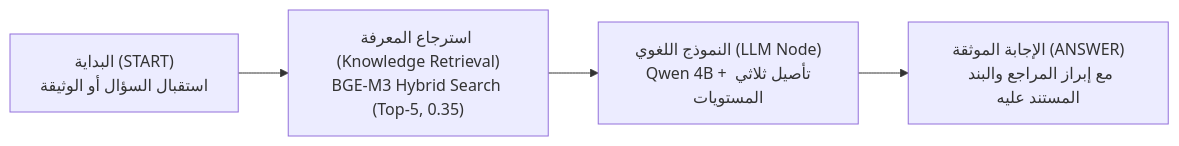
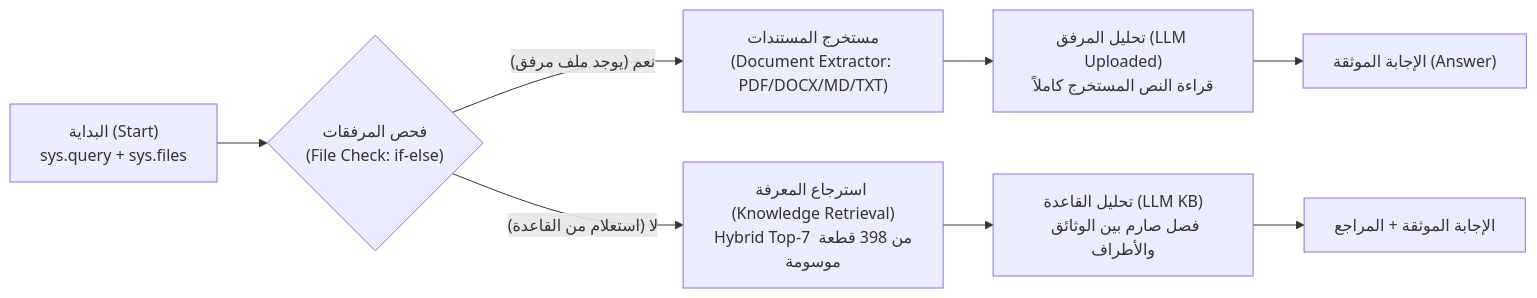
Before and after one commit to a2sn2/local-rag-dify: the diagram in baseera-docs/USAGE_GUIDE.md, drawn with Mermaid. The commit also changed other lines of this file and 38 other files, not shown here.

````diff
--- a/baseera-docs/USAGE_GUIDE.md
+++ b/baseera-docs/USAGE_GUIDE.md
@@ -33,6 +30,10 @@
 ```mermaid
 flowchart LR
-    A["البداية (START)<br>استقبال السؤال أو الوثيقة"] --> B["استرجاع المعرفة (Knowledge Retrieval)<br>BGE-M3 Hybrid Search (Top-5, 0.35)"]
-    B --> C["النموذج اللغوي (LLM Node)<br>Qwen 4B + تأصيل ثلاثي المستويات"]
-    C --> D["الإجابة الموثقة (ANSWER)<br>مع إبراز المراجع والبند المستند عليه"]
+    A["البداية (Start)<br>sys.query + sys.files"] --> B{"فحص المرفقات<br>(File Check: if-else)"}
+    B -->|"نعم (يوجد ملف مرفق)"| C["مستخرج المستندات<br>(Document Extractor: PDF/DOCX/MD/TXT)"]
+    C --> D["تحليل المرفق (LLM Uploaded)<br>قراءة النص المستخرج كاملاً"]
+    D --> E["الإجابة الموثقة (Answer)"]
+    B -->|"لا (استعلام من القاعدة)"| F["استرجاع المعرفة (Knowledge Retrieval)<br>Hybrid Top-7 من 398 قطعة موسومة"]
+    F --> G["تحليل القاعدة (LLM KB)<br>فصل صارم بين الوثائق والأطراف"]
+    G --> H["الإجابة الموثقة + المراجع"]
 ```
````
